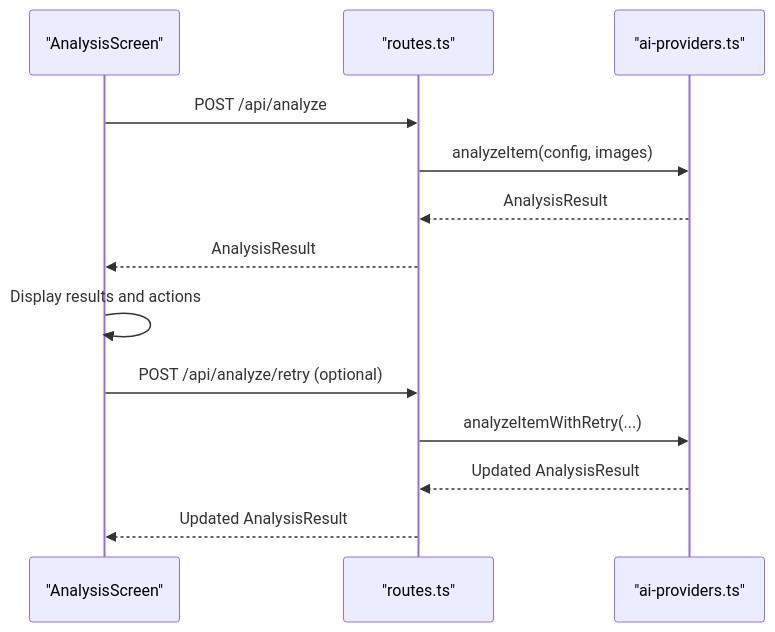
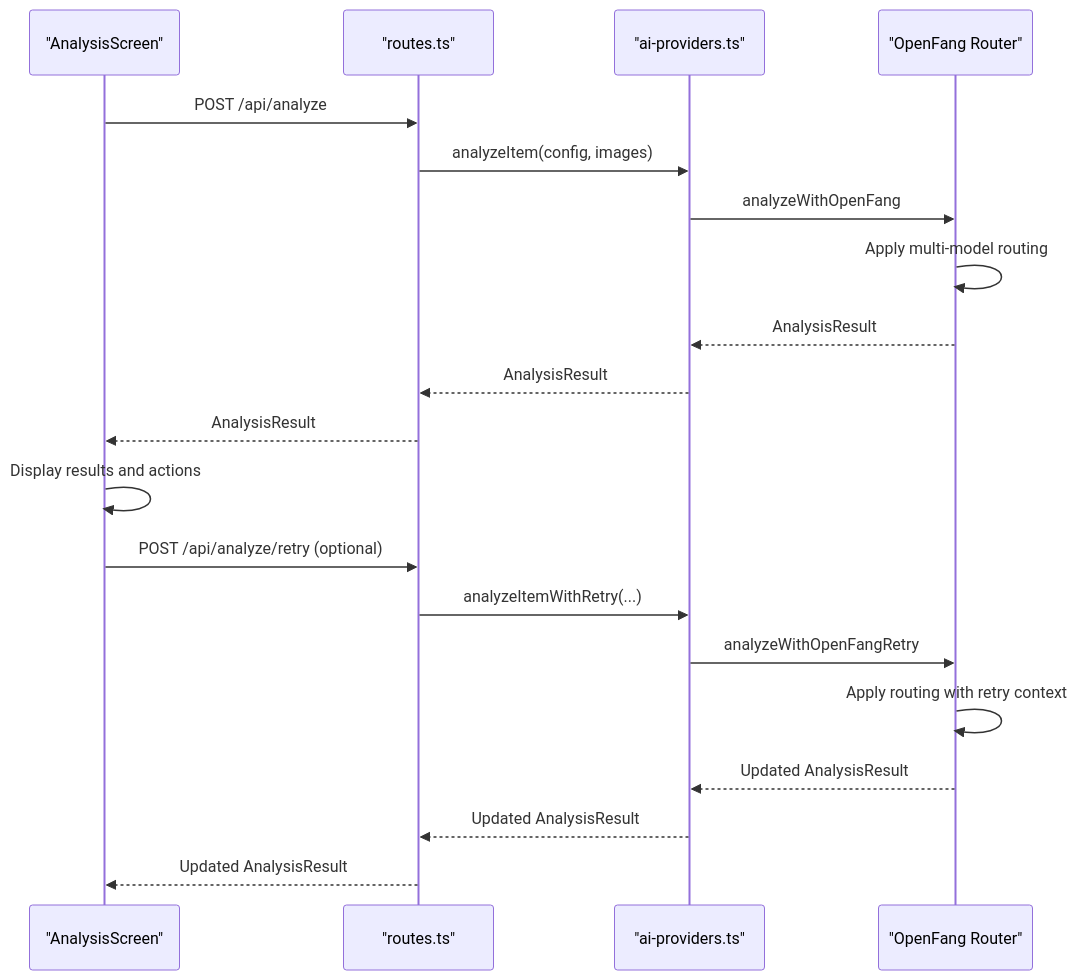
One commit to hunglevi87/Hidden-Gem changed the tenth of 12 diagrams in .qoder/repowiki/en/content/AI Integration/AI Provider System.md. Above: the diagram before and after it, drawn with Mermaid. The commit also changed other lines of this file and 5 other files, not shown here.

First line of the commit message:
feat(openfang): enhance AI provider with multi-model routing and fallback

````diff
--- a/.qoder/repowiki/en/content/AI Integration/AI Provider System.md
+++ b/.qoder/repowiki/en/content/AI Integration/AI Provider System.md
@@ -412,15 +426,22 @@
 ```mermaid
 sequenceDiagram
 participant Client as "AnalysisScreen"
 participant Routes as "routes.ts"
 participant Factory as "ai-providers.ts"
+participant OpenFang as "OpenFang Router"
 Client->>Routes : POST /api/analyze
 Routes->>Factory : analyzeItem(config, images)
+Factory->>OpenFang : analyzeWithOpenFang
+OpenFang->>OpenFang : Apply multi-model routing
+OpenFang-->>Factory : AnalysisResult
 Factory-->>Routes : AnalysisResult
 Routes-->>Client : AnalysisResult
 Client->>Client : Display results and actions
 Client->>Routes : POST /api/analyze/retry (optional)
 Routes->>Factory : analyzeItemWithRetry(...)
+Factory->>OpenFang : analyzeWithOpenFangRetry
+OpenFang->>OpenFang : Apply routing with retry context
+OpenFang-->>Factory : Updated AnalysisResult
 Factory-->>Routes : Updated AnalysisResult
 Routes-->>Client : Updated AnalysisResult
 ```
````
